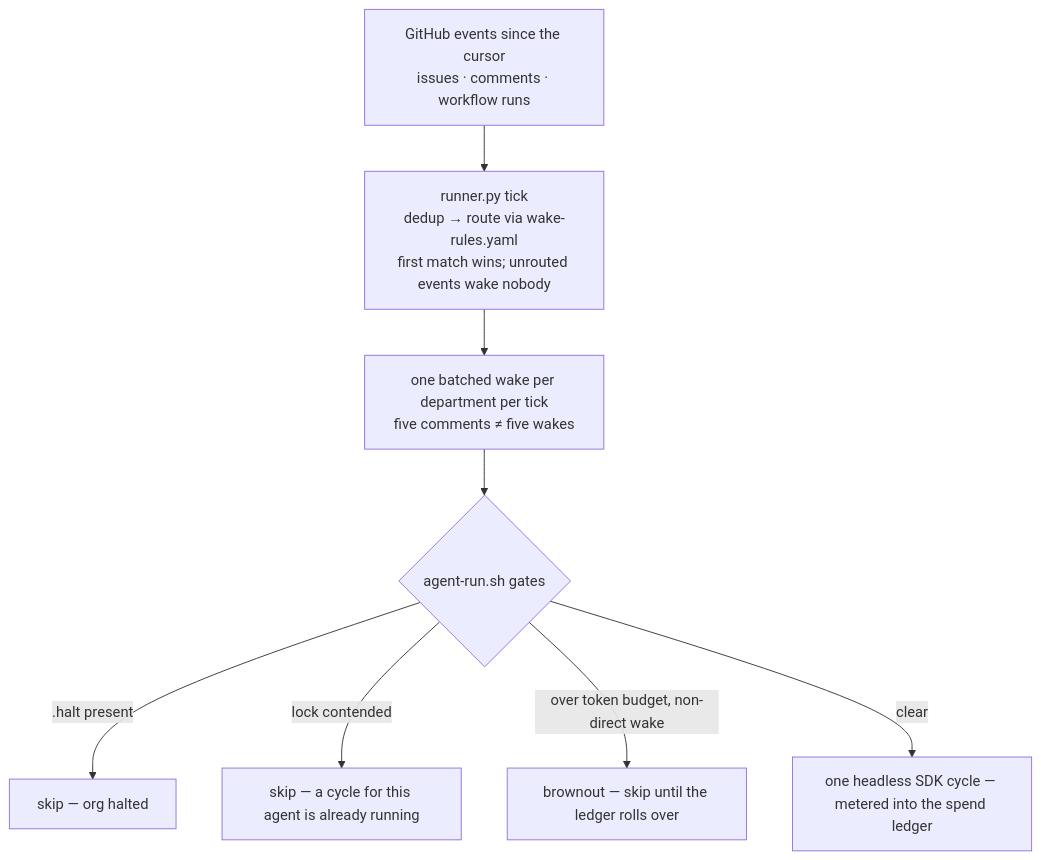
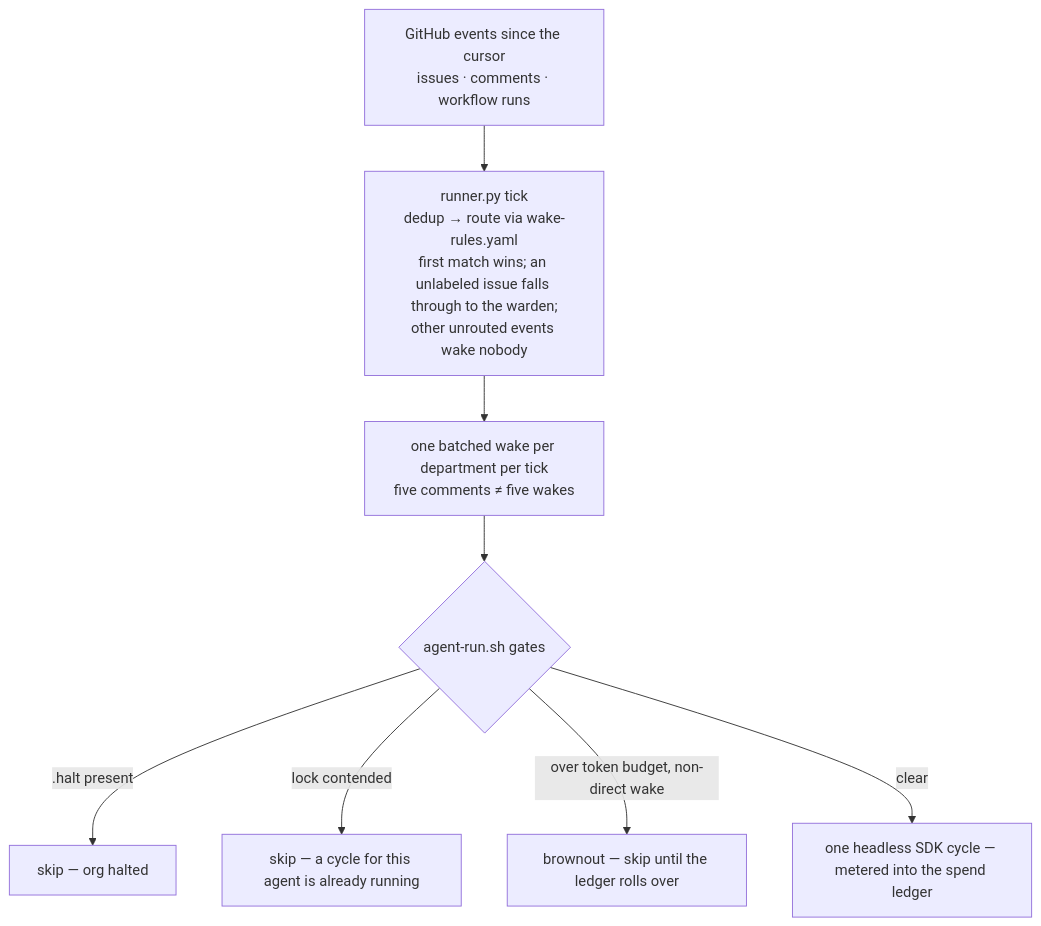
The seventh of 10 diagrams in docs/ARCHITECTURE.md (johnplantada/scrum-jail-governance-playbook), drawn with Mermaid before and after one commit. The commit also changed 4 other files, not shown here.

````diff
--- a/docs/ARCHITECTURE.md
+++ b/docs/ARCHITECTURE.md
@@ -269,10 +269,10 @@
 ```mermaid
 flowchart TD
-    GH["GitHub events since the cursor<br/>issues · comments · workflow runs"] --> R["runner.py tick<br/>dedup → route via wake-rules.yaml<br/>first match wins; unrouted events wake nobody"]
+    GH["GitHub events since the cursor<br/>issues · comments · workflow runs"] --> R["runner.py tick<br/>dedup → route via wake-rules.yaml<br/>first match wins; an unlabeled issue falls through to the warden;<br/>other unrouted events wake nobody"]
     R --> B["one batched wake per department per tick<br/>five comments ≠ five wakes"]
     B --> G{"agent-run.sh gates"}
     G -->|".halt present"| S1["skip — org halted"]
     G -->|"lock contended"| S2["skip — a cycle for this agent is already running"]
     G -->|"over token budget, non-direct wake"| S3["brownout — skip until the ledger rolls over"]
     G -->|clear| Full["one headless SDK cycle — metered into the spend ledger"]
 ```
````
